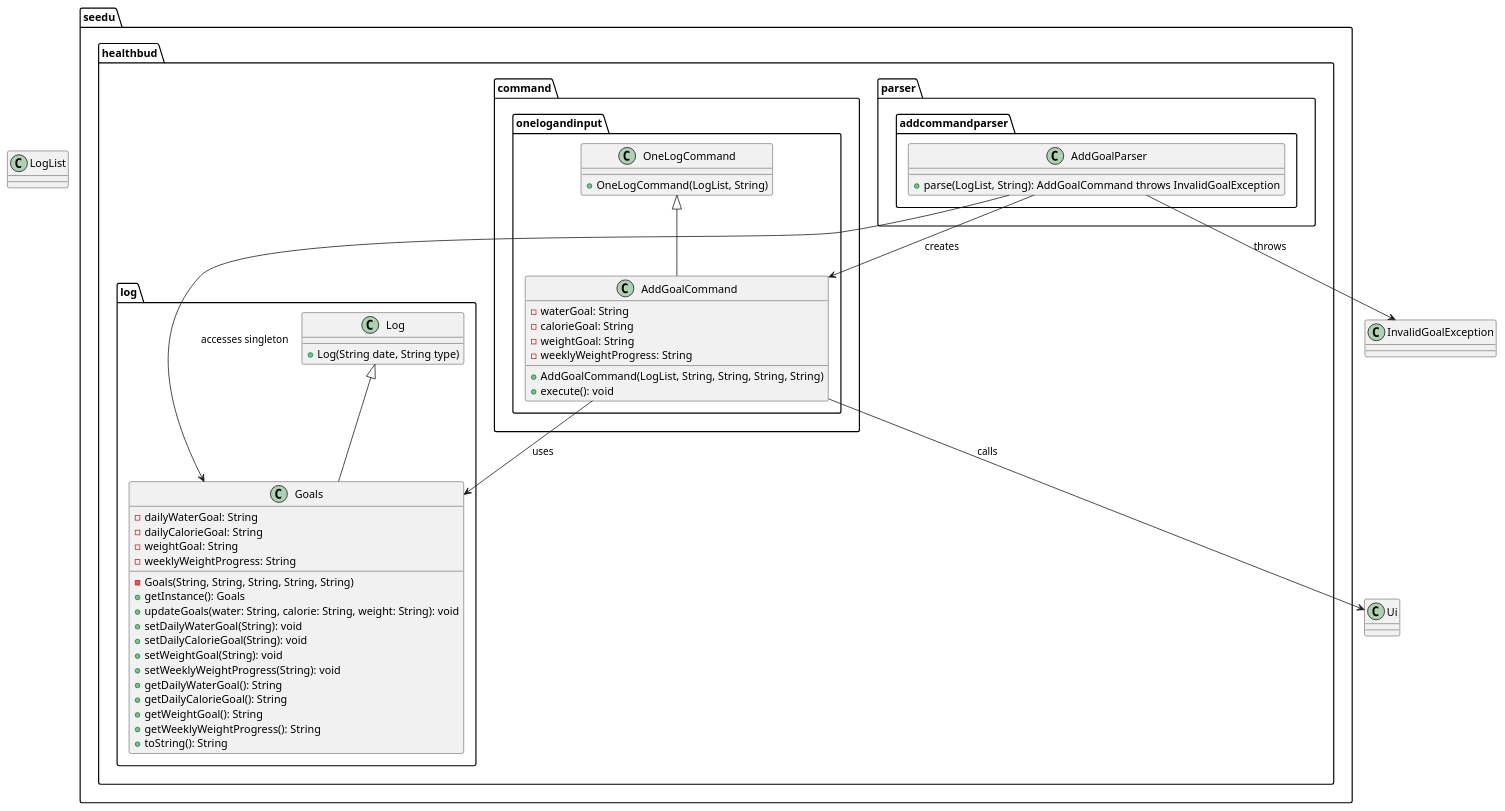
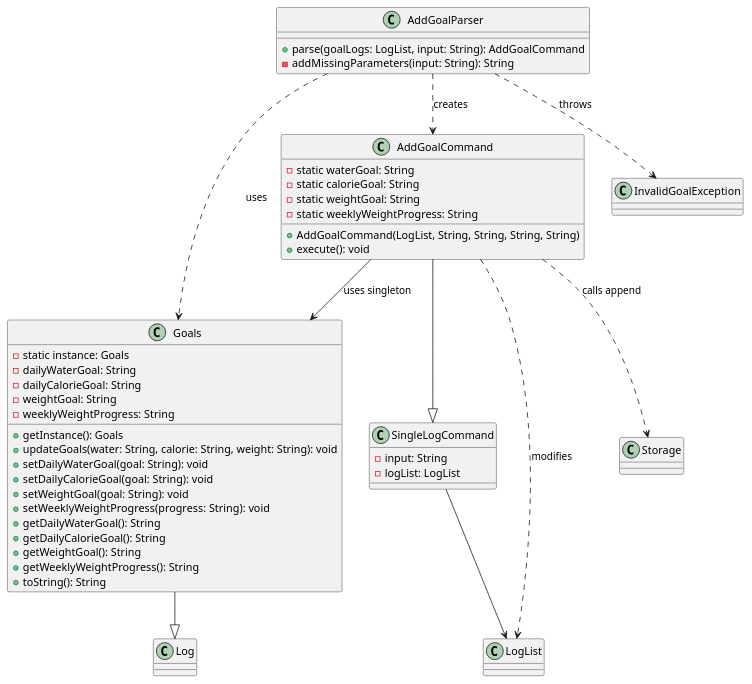
The diagram in docs/Diagrams/GoalCD.puml (Jasonlobo21/tp), drawn with PlantUML before and after one commit. The commit also changed other lines of this file and 4 other files, not shown here.

Commit message:
add SD diagram for goals and shortened the goals section

```diff
--- a/docs/Diagrams/GoalCD.puml
+++ b/docs/Diagrams/GoalCD.puml
@@ -2,67 +1,48 @@
 @startuml
 ' https://plantuml.com/class-diagram
 
-package seedu.healthbud.log {
-    class Log {
-        +Log(String date, String type)
-    }
+' Legend:
+' -->    navigability/association (used in method or field)
+' ..>    dependency (used as parameter/return/throws)
+' --|>   inheritance
 
-    class Goals {
-        -dailyWaterGoal: String
-        -dailyCalorieGoal: String
-        -weightGoal: String
-        -weeklyWeightProgress: String
-        -Goals(String, String, String, String, String)
-        +getInstance(): Goals
-        +updateGoals(water: String, calorie: String, weight: String): void
-        +setDailyWaterGoal(String): void
-        +setDailyCalorieGoal(String): void
-        +setWeightGoal(String): void
-        +setWeeklyWeightProgress(String): void
-        +getDailyWaterGoal(): String
-        +getDailyCalorieGoal(): String
-        +getWeightGoal(): String
-        +getWeeklyWeightProgress(): String
-        +toString(): String
-    }
+Goals --|> Log
+Goals : - static instance: Goals
+Goals : - dailyWaterGoal: String
+Goals : - dailyCalorieGoal: String
+Goals : - weightGoal: String
+Goals : - weeklyWeightProgress: String
+Goals : + getInstance(): Goals
+Goals : + updateGoals(water: String, calorie: String, weight: String): void
+Goals : + setDailyWaterGoal(goal: String): void
+Goals : + setDailyCalorieGoal(goal: String): void
+Goals : + setWeightGoal(goal: String): void
+Goals : + setWeeklyWeightProgress(progress: String): void
+Goals : + getDailyWaterGoal(): String
+Goals : + getDailyCalorieGoal(): String
+Goals : + getWeightGoal(): String
+Goals : + getWeeklyWeightProgress(): String
+Goals : + toString(): String
 
-    Log <|-- Goals
-}
+AddGoalParser : + parse(goalLogs: LogList, input: String): AddGoalCommand
+AddGoalParser : - addMissingParameters(input: String): String
+AddGoalParser ..> Goals : uses
+AddGoalParser ..> AddGoalCommand : creates
+AddGoalParser ..> InvalidGoalException : throws
 
+SingleLogCommand : - input: String
+SingleLogCommand : - logList: LogList
+SingleLogCommand --> LogList
 
-package seedu.healthbud.command.onelogandinput {
-    class OneLogCommand {
-        +OneLogCommand(LogList, String)
-    }
-
-    class AddGoalCommand {
-        -waterGoal: String
-        -calorieGoal: String
-        -weightGoal: String
-        -weeklyWeightProgress: String
-        +AddGoalCommand(LogList, String, String, String, String)
-        +execute(): void
-    }
-
-    OneLogCommand <|-- AddGoalCommand
-    AddGoalCommand --> Goals : uses
-}
-
-package seedu.healthbud.parser.addcommandparser {
-    class AddGoalParser {
-        +parse(LogList, String): AddGoalCommand throws InvalidGoalException
-    }
-
-    AddGoalParser --> AddGoalCommand : creates
-    AddGoalParser --> Goals : accesses singleton
-}
-
-class LogList
-class Ui
-class InvalidGoalException
-
-AddGoalCommand --> Ui : calls
-AddGoalParser --> InvalidGoalException : throws
-
+AddGoalCommand --|> SingleLogCommand
+AddGoalCommand : - static waterGoal: String
+AddGoalCommand : - static calorieGoal: String
+AddGoalCommand : - static weightGoal: String
+AddGoalCommand : - static weeklyWeightProgress: String
+AddGoalCommand : + AddGoalCommand(LogList, String, String, String, String)
+AddGoalCommand : + execute(): void
+AddGoalCommand --> Goals : uses singleton
+AddGoalCommand ..> LogList : modifies
+AddGoalCommand ..> Storage : calls append
 
 @enduml
```
